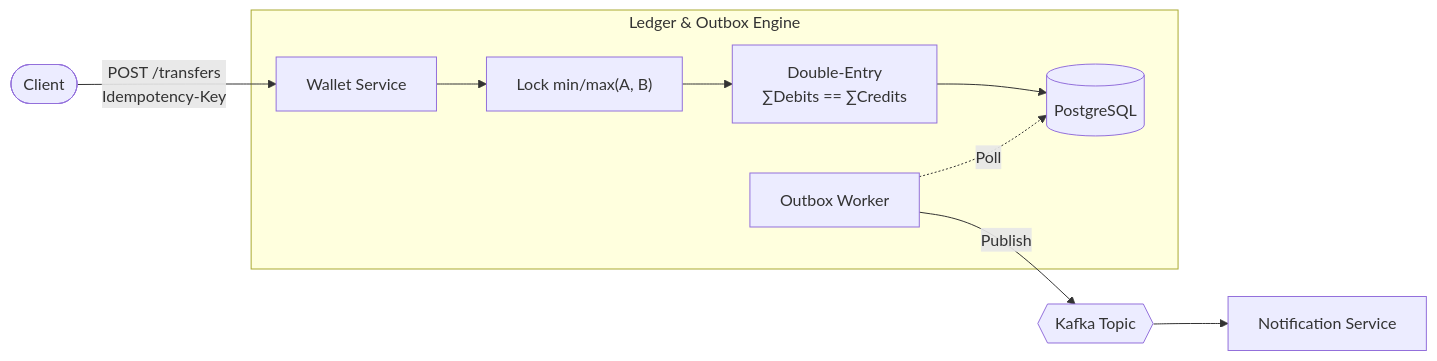
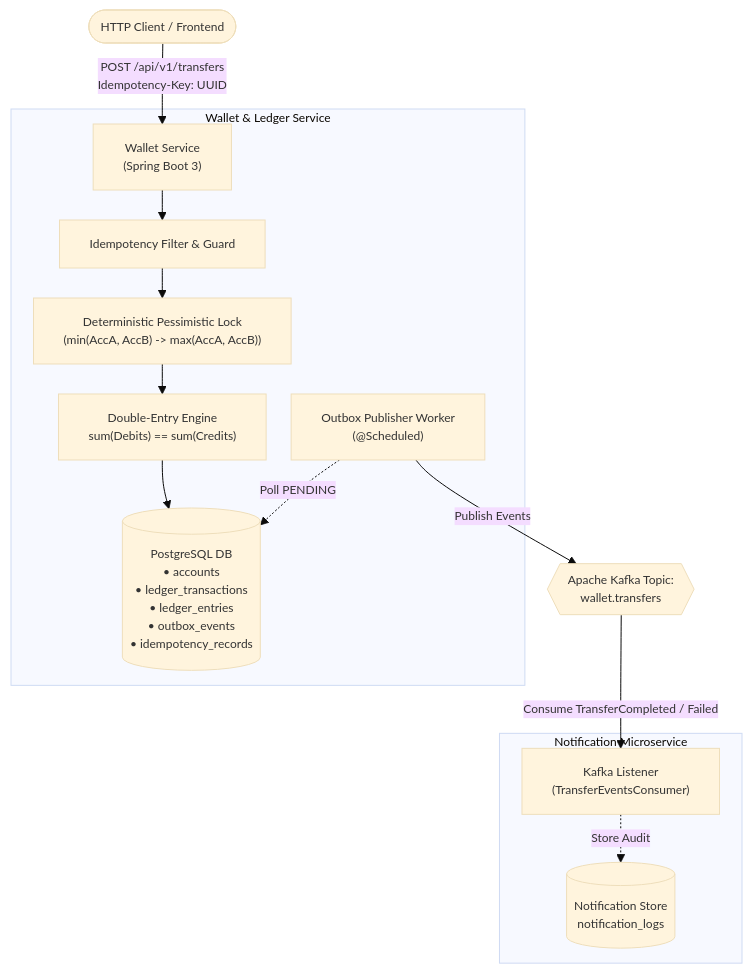
The diagram in README.md (pavanalfa-bit/fintech-wallet-ledger), drawn with Mermaid before and after one commit.

Commit message:
Restore original architecture diagram structure and text with compact scaling

````diff
--- a/README.md
+++ b/README.md
@@ -40,14 +40,24 @@
 ```mermaid
-flowchart LR
-    Client(["Client"]) -->|POST /transfers<br/>Idempotency-Key| WS["Wallet Service"]
+%%{init: {'theme': 'base', 'themeVariables': {'fontSize': '12px'}, 'flowchart': {'nodeSpacing': 25, 'rankSpacing': 30}}}%%
+flowchart TD
+    Client(["HTTP Client / Frontend"]) -->|POST /api/v1/transfers<br/>Idempotency-Key: UUID| WalletCtrl["Wallet Service<br/>(Spring Boot 3)"]
     
-    subgraph Core["Ledger & Outbox Engine"]
-        WS --> Lock["Lock min/max(A, B)"]
-        Lock --> Ledger["Double-Entry<br/>∑Debits == ∑Credits"]
-        Ledger --> DB[("PostgreSQL")]
-        Worker["Outbox Worker"] -.->|Poll| DB
+    subgraph WalletService["Wallet & Ledger Service"]
+        WalletCtrl --> Idemp["Idempotency Filter & Guard"]
+        Idemp --> Lock["Deterministic Pessimistic Lock<br/>(min(AccA, AccB) -> max(AccA, AccB))"]
+        Lock --> LedgerEng["Double-Entry Engine<br/>sum(Debits) == sum(Credits)"]
+        LedgerEng --> DB[("PostgreSQL DB<br/>• accounts<br/>• ledger_transactions<br/>• ledger_entries<br/>• outbox_events<br/>• idempotency_records")]
+        
+        OutboxPoller["Outbox Publisher Worker<br/>(@Scheduled)"] -.->|Poll PENDING| DB
     end
 
-    Worker -->|Publish| Kafka{{"Kafka Topic"}}
-    Kafka --> Notify["Notification Service"]
+    OutboxPoller -->|Publish Events| KafkaBrokers{{"Apache Kafka Topic:<br/>wallet.transfers"}}
+
+    subgraph NotificationService["Notification Microservice"]
+        KafkaConsumer["Kafka Listener<br/>(TransferEventsConsumer)"]
+        NotifyDB[("Notification Store<br/>notification_logs")]
+        KafkaConsumer -.->|Store Audit| NotifyDB
+    end
+
+    KafkaBrokers -->|Consume TransferCompleted / Failed| KafkaConsumer
 ```
````
